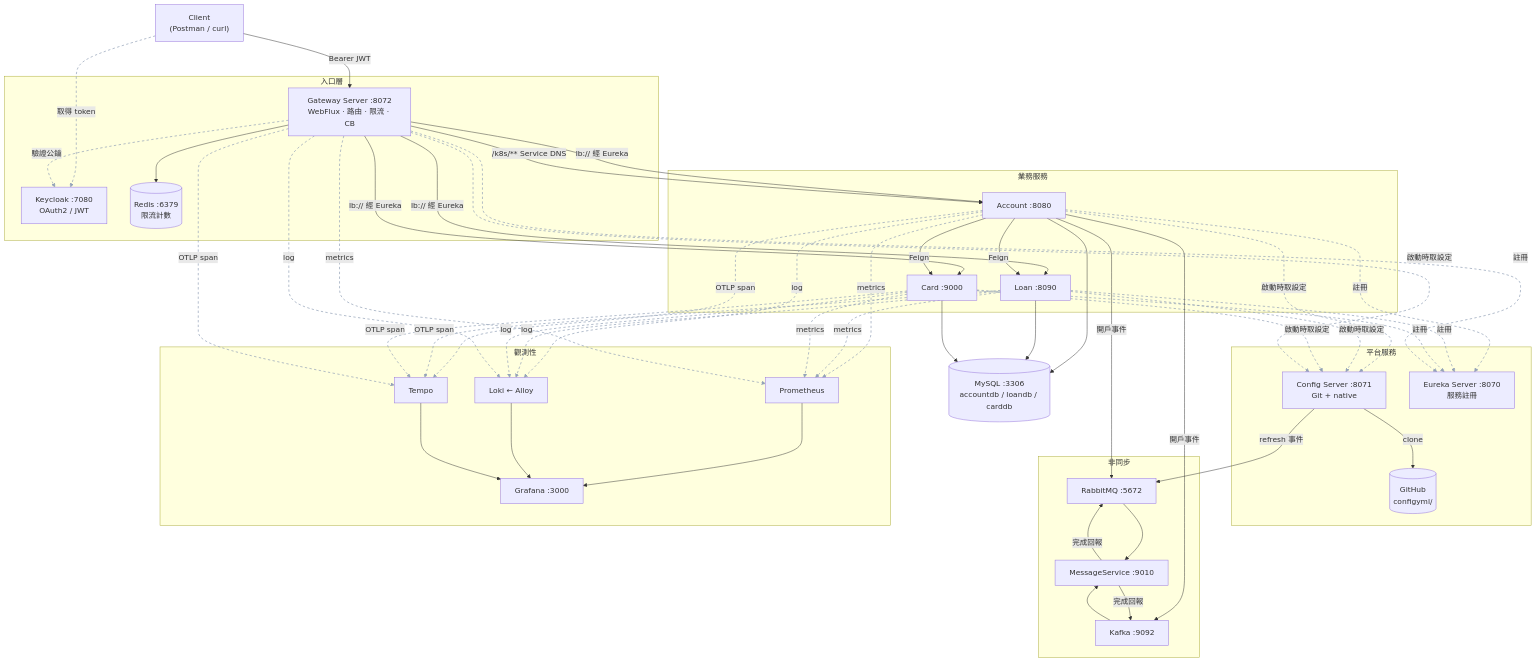
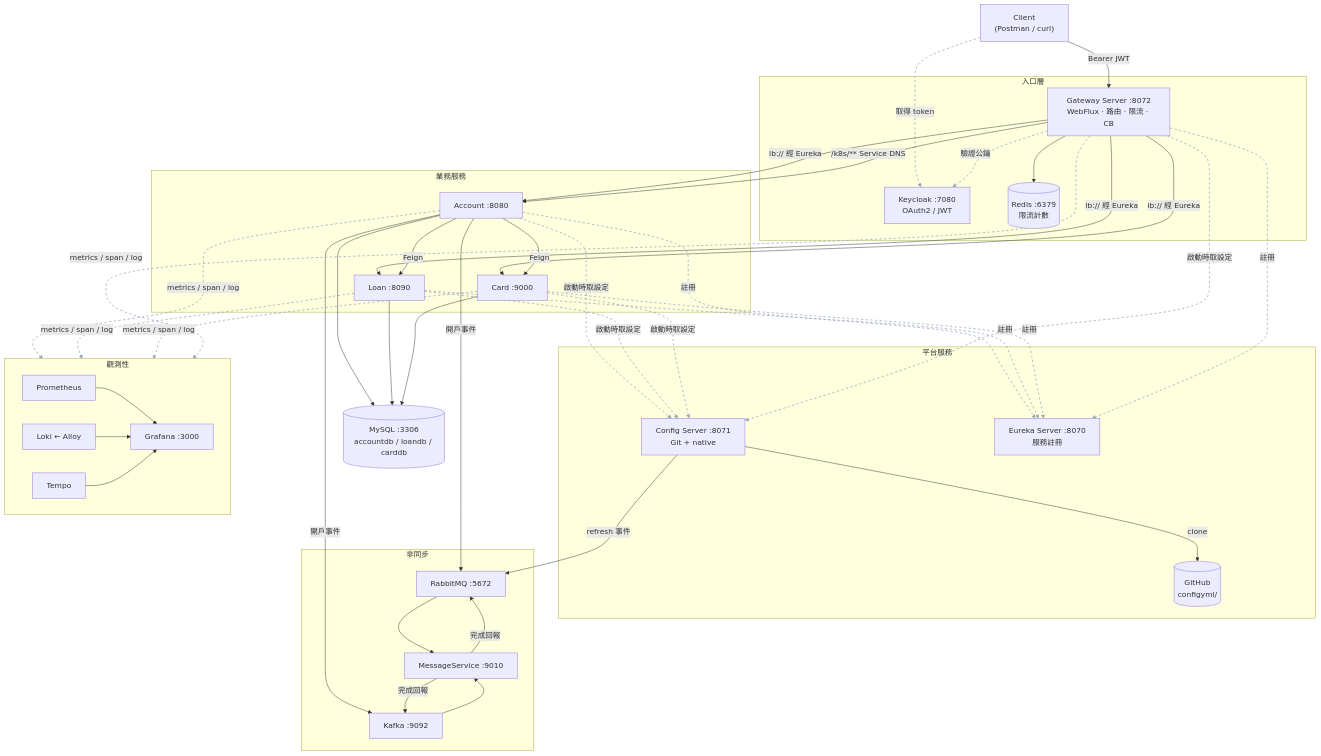
Before and after one commit to tonysk0210/springboot-microservices: the first of 4 diagrams in README.md, drawn with Mermaid.

````diff
--- a/README.md
+++ b/README.md
@@ -97,69 +97,67 @@
 ```mermaid
 flowchart TB
     Client["Client<br/>(Postman / curl)"]
 
     subgraph Edge["入口層"]
         KC["Keycloak :7080<br/>OAuth2 / JWT"]
         GW["Gateway Server :8072<br/>WebFlux · 路由 · 限流 · CB"]
         Redis[("Redis :6379<br/>限流計數")]
     end
 
     subgraph Platform["平台服務"]
         CS["Config Server :8071<br/>Git + native"]
         EU["Eureka Server :8070<br/>服務註冊"]
         Git[("GitHub<br/>configyml/")]
     end
 
     subgraph Biz["業務服務"]
         ACC["Account :8080"]
         LOAN["Loan :8090"]
         CARD["Card :9000"]
     end
 
     subgraph Msg["非同步"]
         RMQ["RabbitMQ :5672"]
         KFK["Kafka :9092"]
         MS["MessageService :9010"]
     end
 
     DB[("MySQL :3306<br/>accountdb / loandb / carddb")]
 
     subgraph Obs["觀測性"]
         PROM["Prometheus"]
         LOKI["Loki ← Alloy"]
         TEMPO["Tempo"]
         GRAF["Grafana :3000"]
     end
 
     Client -->|Bearer JWT| GW
     Client -.取得 token.-> KC
     GW -.驗證公鑰.-> KC
     GW --> Redis
     GW -->|lb:// 經 Eureka| ACC & LOAN & CARD
     GW -->|/k8s/** Service DNS| ACC
 
     ACC -->|Feign| LOAN
     ACC -->|Feign| CARD
     ACC & LOAN & CARD --> DB
 
     CS -->|clone| Git
     ACC & LOAN & CARD & GW -.啟動時取設定.-> CS
     CS -->|refresh 事件| RMQ
     ACC & LOAN & CARD & GW -.註冊.-> EU
 
     ACC -->|開戶事件| RMQ --> MS
     ACC -->|開戶事件| KFK --> MS
     MS -->|完成回報| RMQ & KFK
 
-    ACC & LOAN & CARD & GW -.metrics.-> PROM
-    ACC & LOAN & CARD & GW -.OTLP span.-> TEMPO
-    ACC & LOAN & CARD & GW -.log.-> LOKI
+    ACC & LOAN & CARD & GW -."metrics / span / log".-> Obs
     PROM & LOKI & TEMPO --> GRAF
 
     %% 灰色虛線 = 控制面流量（取 token、驗證公鑰、啟動取設定、註冊、觀測性上報）
     %% 只靠線型會被交錯的實線蓋住，所以額外上色區分
     %% 注意：linkStyle 用的是「邊的宣告順序索引」，上面新增或刪除任何一條邊都要重算
     linkStyle 1,2 stroke:#94a3b8,stroke-width:1.5px,stroke-dasharray:5 5
     linkStyle 14,15,16,17,19,20,21,22 stroke:#94a3b8,stroke-width:1.5px,stroke-dasharray:5 5
-    linkStyle 29,30,31,32,33,34,35,36,37,38,39,40 stroke:#94a3b8,stroke-width:1.5px,stroke-dasharray:5 5
+    linkStyle 29,30,31,32 stroke:#94a3b8,stroke-width:1.5px,stroke-dasharray:5 5
 ```
````
